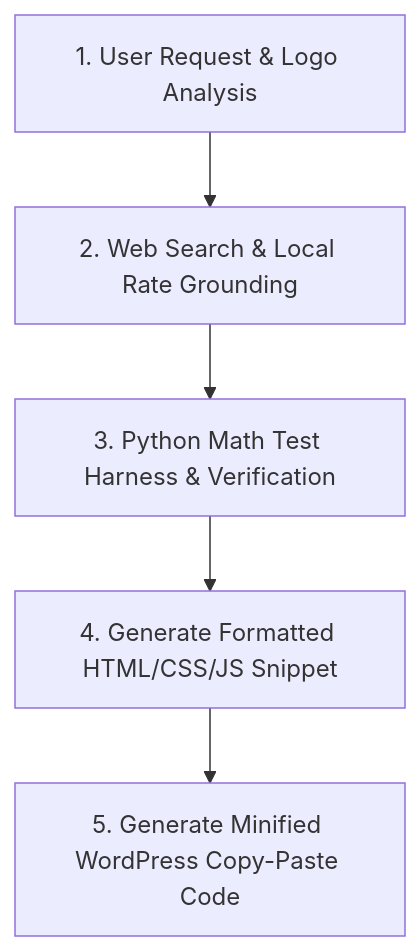
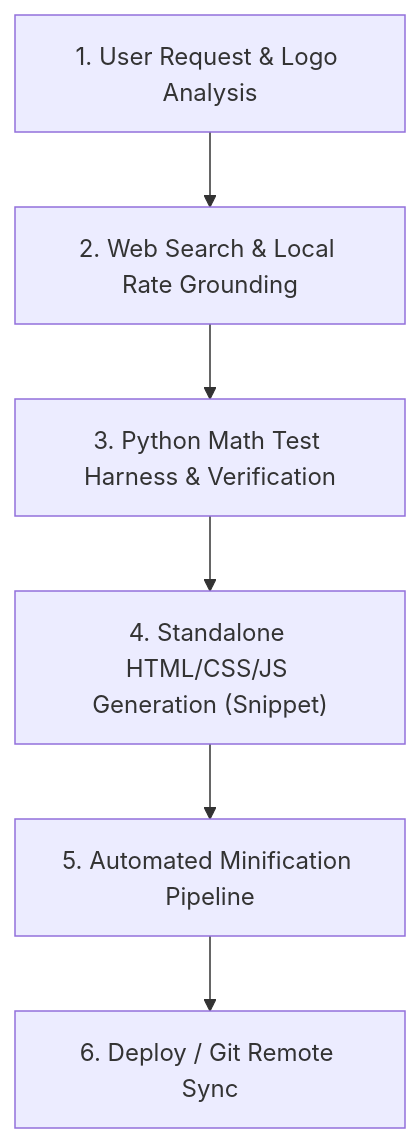
The diagram in SKILL.md (Bluejaypro-Team/wordpress-cost-calculator-builder), drawn with Mermaid before and after one commit. The commit also changed other lines of this file, not shown here.

Commit message:
feat: update standalone cost calculator skill with modal lightbox, 1-page print engine & concise dropdowns

````diff
--- a/SKILL.md
+++ b/SKILL.md
@@ -61,7 +169,8 @@
 ```mermaid
 flowchart TD
     A["1. User Request & Logo Analysis"] --> B["2. Web Search & Local Rate Grounding"]
     B --> C["3. Python Math Test Harness & Verification"]
-    C --> D["4. Generate Formatted HTML/CSS/JS Snippet"]
-    D --> E["5. Generate Minified WordPress Copy-Paste Code"]
+    C --> D["4. Standalone HTML/CSS/JS Generation (Snippet)"]
+    D --> E["5. Automated Minification Pipeline"]
+    E --> F["6. Deploy / Git Remote Sync"]
 ```
````
